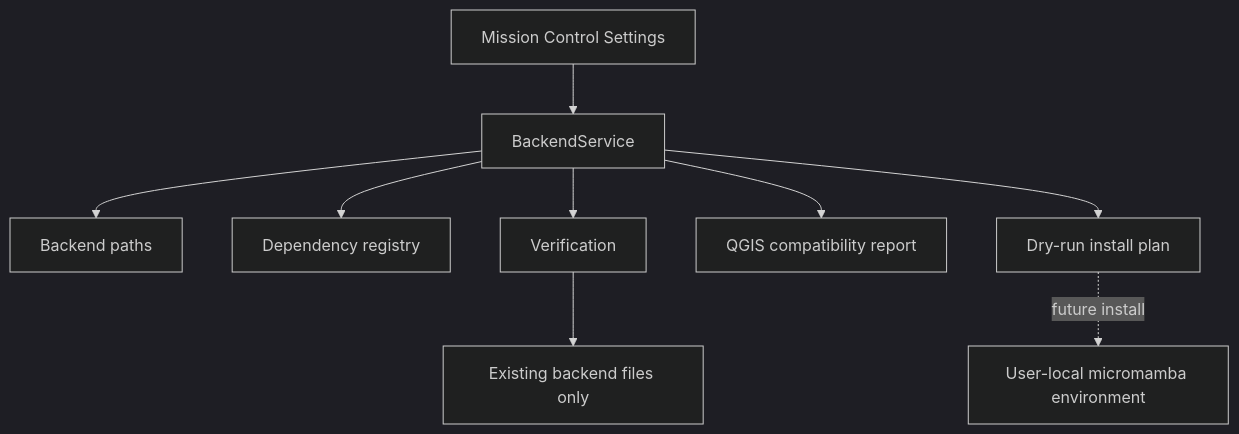
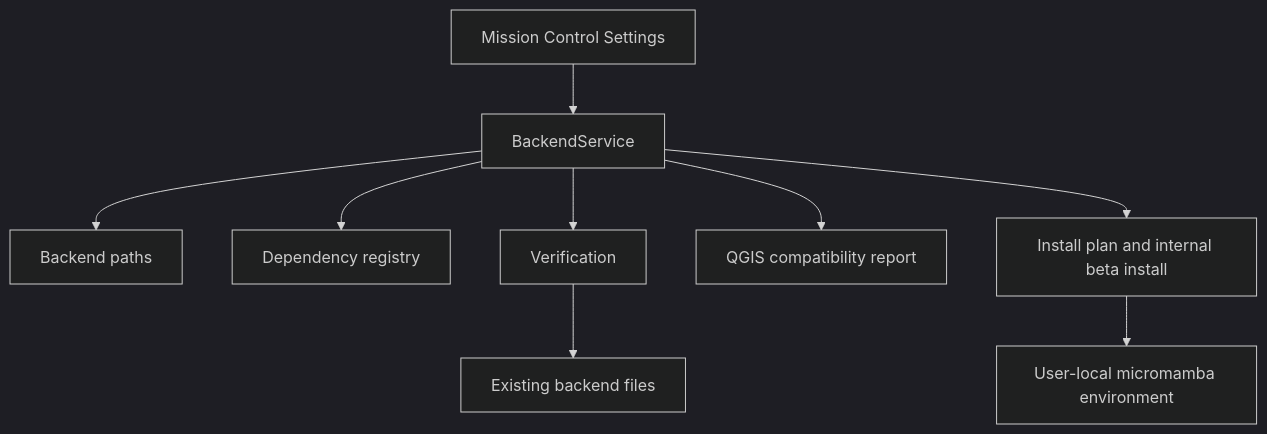
Before and after one commit to sticholas/pyforestscan-qgis: the fifth of 5 diagrams in docs/ARCHITECTURE.md, drawn with Mermaid (dark theme). The commit also changed other lines of this file and 35 other files, not shown here.

Commit message:
Phase 23C: Enable PBM backend install for internal beta

````diff
--- a/docs/ARCHITECTURE.md
+++ b/docs/ARCHITECTURE.md
@@ -148,11 +148,11 @@
 ```mermaid
 flowchart TD
     A["Mission Control Settings"] --> B["BackendService"]
     B --> C["Backend paths"]
     B --> D["Dependency registry"]
     B --> E["Verification"]
     B --> H["QGIS compatibility report"]
-    B --> I["Dry-run install plan"]
-    E --> F["Existing backend files only"]
-    I -."future install".-> G["User-local micromamba environment"]
+    B --> I["Install plan and internal beta install"]
+    E --> F["Existing backend files"]
+    I --> G["User-local micromamba environment"]
 ```
````
